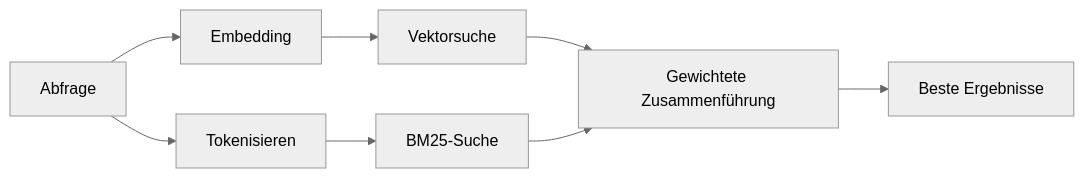
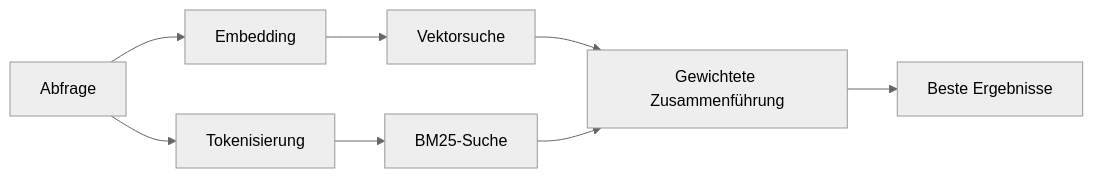
The diagram in docs/de/concepts/memory-search.md (openclaw/docs), drawn with Mermaid (neutral theme) before and after one commit. The commit also changed other lines of this file and 759 other files, not shown here.

````diff
--- a/docs/de/concepts/memory-search.md
+++ b/docs/de/concepts/memory-search.md
@@ -79,10 +77,10 @@
 ```mermaid
 flowchart LR
     Q["Abfrage"] --> E["Embedding"]
-    Q --> T["Tokenisieren"]
+    Q --> T["Tokenisierung"]
     E --> VS["Vektorsuche"]
     T --> BM["BM25-Suche"]
     VS --> M["Gewichtete Zusammenführung"]
     BM --> M
     M --> R["Beste Ergebnisse"]
 ```
````
